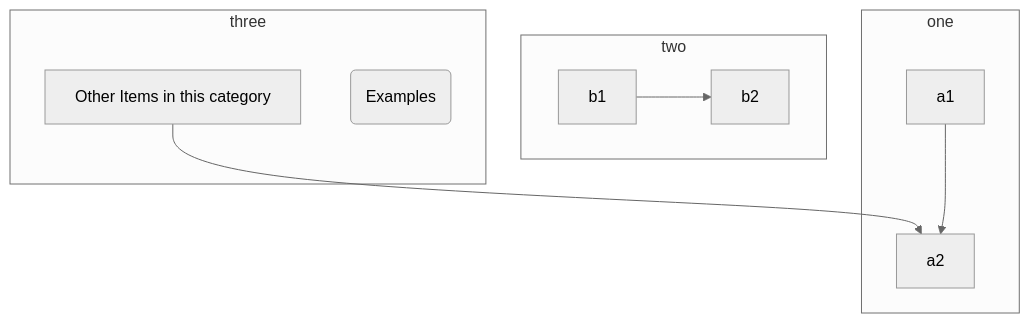
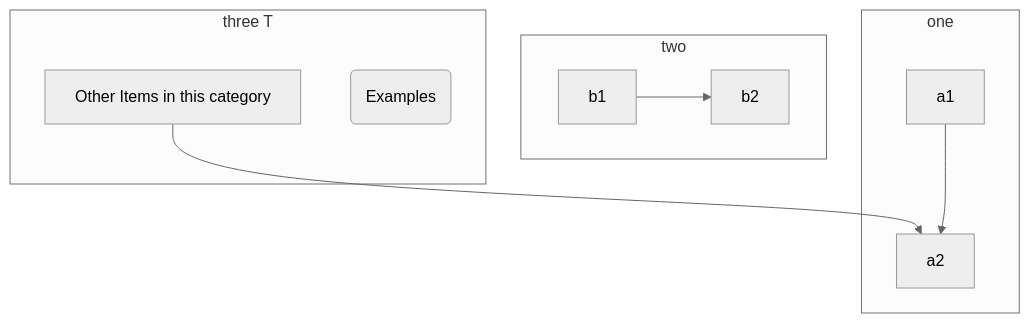
Before and after one commit to gerbssusd/dok: the diagram in slides.md, drawn with Mermaid (neutral theme).

````diff
--- a/slides.md
+++ b/slides.md
@@ -217,20 +217,20 @@
 ```mermaid
 flowchart TB
     c1-->a2
     subgraph one
     a1-->a2
     end
     subgraph two
     b1-->b2
     end
-    subgraph three 
+    subgraph three T
     c1[Other Items in this category] 
     c2(Examples)
     end
 
 
 
 
 
 
 ```
````
